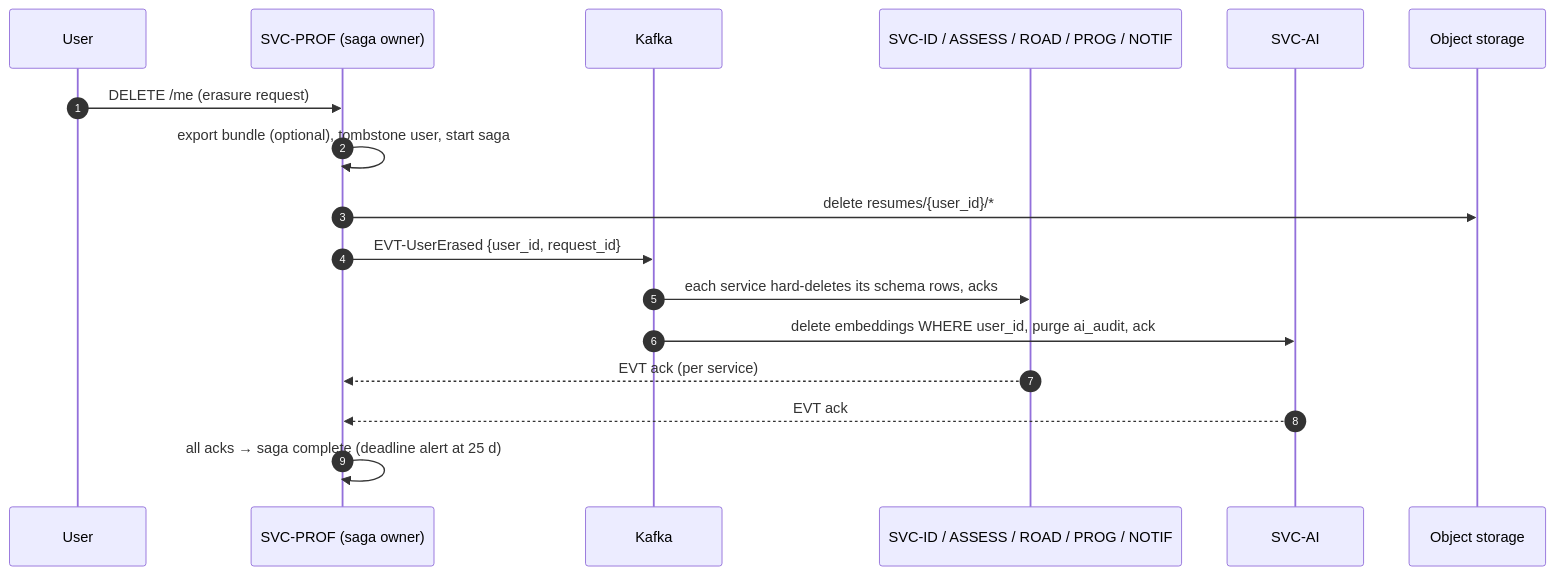
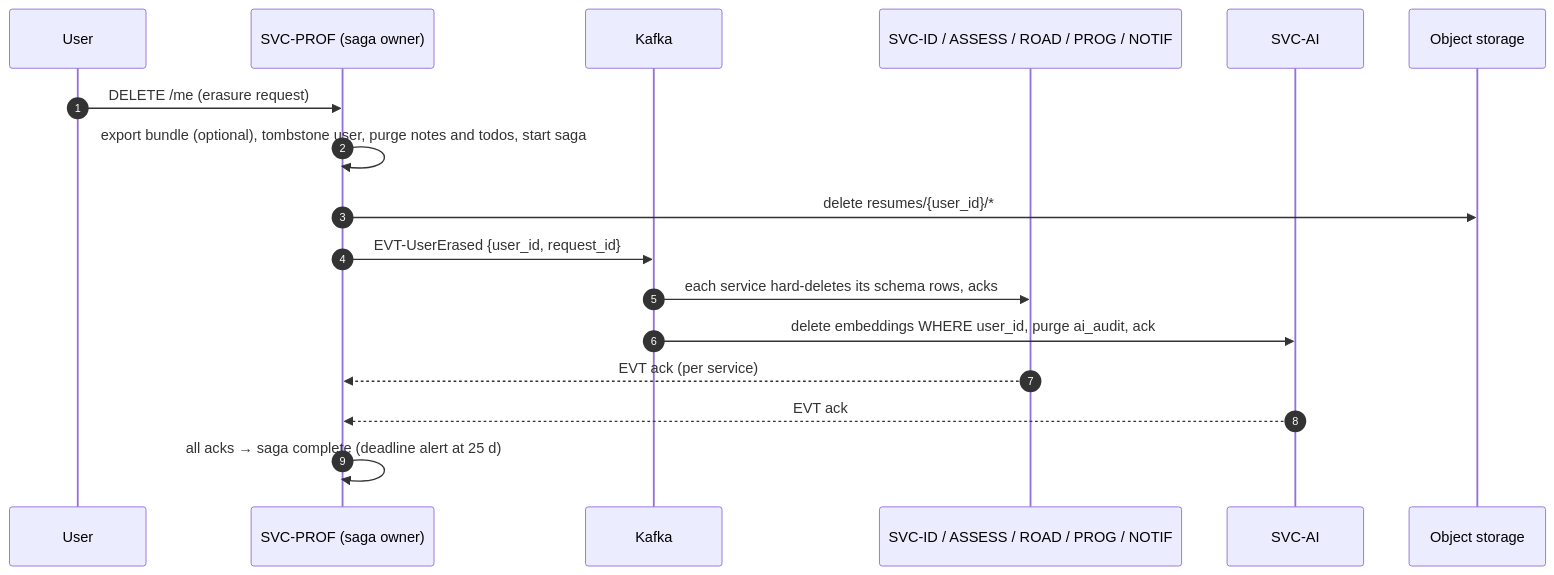
One commit to adashexplorer/ascendra-platform changed the diagram in .claude/hld/21-data-architecture.md. Above: the diagram before and after it, drawn with Mermaid. The commit also changed other lines of this file and 13 other files, not shown here.

````diff
--- a/.claude/hld/21-data-architecture.md
+++ b/.claude/hld/21-data-architecture.md
@@ -127,19 +133,19 @@
 ```mermaid
 sequenceDiagram
     autonumber
     participant U as User
     participant PROF as SVC-PROF (saga owner)
     participant K as Kafka
     participant S as SVC-ID / ASSESS / ROAD / PROG / NOTIF
     participant AI as SVC-AI
     participant OS as Object storage
     U->>PROF: DELETE /me (erasure request)
-    PROF->>PROF: export bundle (optional), tombstone user, start saga
+    PROF->>PROF: export bundle (optional), tombstone user, purge notes and todos, start saga
     PROF->>OS: delete resumes/{user_id}/*
     PROF->>K: EVT-UserErased {user_id, request_id}
     K->>S: each service hard-deletes its schema rows, acks
     K->>AI: delete embeddings WHERE user_id, purge ai_audit, ack
     S-->>PROF: EVT ack (per service)
     AI-->>PROF: EVT ack
     PROF->>PROF: all acks → saga complete (deadline alert at 25 d)
 ```
````
